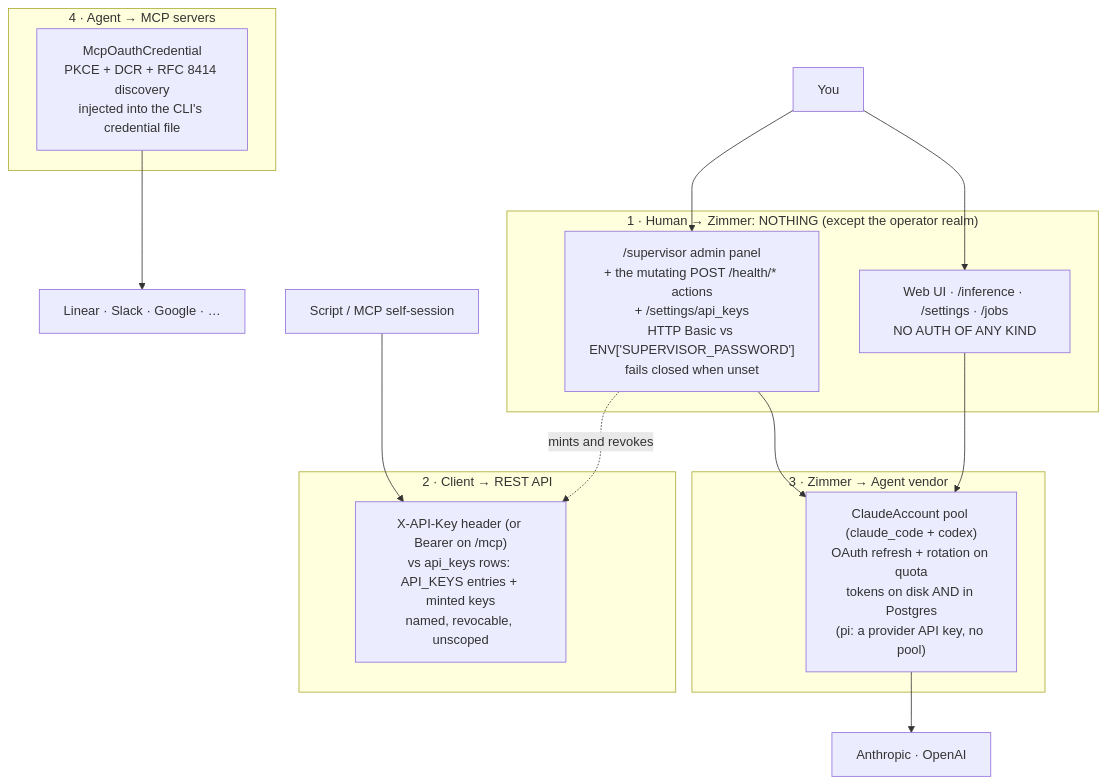
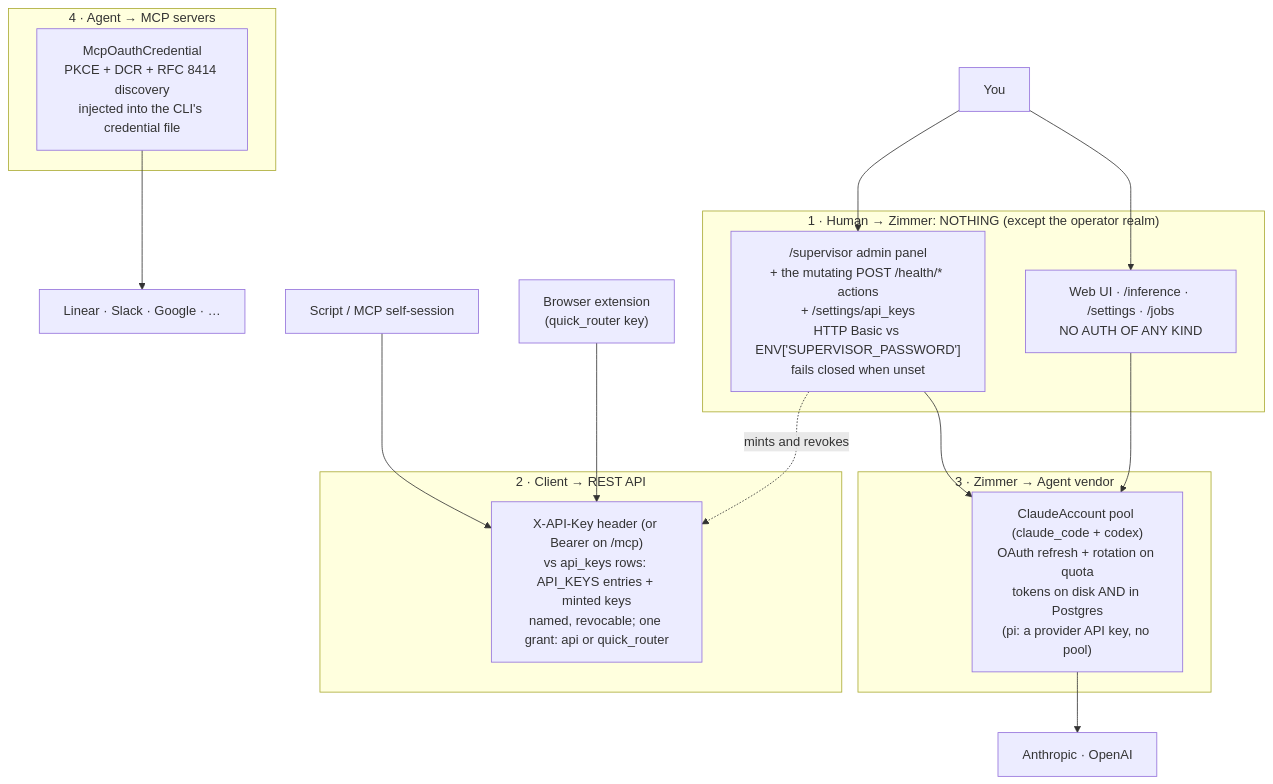
The diagram in docs/src/content/docs/auth/overview.md (tadasant/zimmer), drawn with Mermaid before and after one commit. The commit also changed other lines of this file and 36 other files, not shown here.

````diff
--- a/docs/src/content/docs/auth/overview.md
+++ b/docs/src/content/docs/auth/overview.md
@@ -11,25 +11,26 @@
 ```mermaid
 flowchart TB
     subgraph none["1 · Human → Zimmer: NOTHING (except the operator realm)"]
         W["Web UI · /inference · /settings · /jobs<br/>NO AUTH OF ANY KIND"]
         SUP["/supervisor admin panel<br/>+ the mutating POST /health/* actions<br/>+ /settings/api_keys<br/>HTTP Basic vs ENV['SUPERVISOR_PASSWORD']<br/>fails closed when unset"]
     end
     subgraph api["2 · Client → REST API"]
-        A["X-API-Key header (or Bearer on /mcp)<br/>vs api_keys rows: API_KEYS entries + minted keys<br/>named, revocable, unscoped"]
+        A["X-API-Key header (or Bearer on /mcp)<br/>vs api_keys rows: API_KEYS entries + minted keys<br/>named, revocable; one grant: api or quick_router"]
     end
     subgraph harness["3 · Zimmer → Agent vendor"]
         H["ClaudeAccount pool (claude_code + codex)<br/>OAuth refresh + rotation on quota<br/>tokens on disk AND in Postgres<br/>(pi: a provider API key, no pool)"]
     end
     subgraph mcp["4 · Agent → MCP servers"]
         M["McpOauthCredential<br/>PKCE + DCR + RFC 8414 discovery<br/>injected into the CLI's credential file"]
     end
 
     U["You"] --> W
     U --> SUP
     C["Script / MCP self-session"] --> A
+    X["Browser extension<br/>(quick_router key)"] --> A
     W --> H
     SUP --> H
     SUP -. mints and revokes .-> A
     H --> V["Anthropic · OpenAI"]
     M --> S["Linear · Slack · Google · …"]
 ```
````
